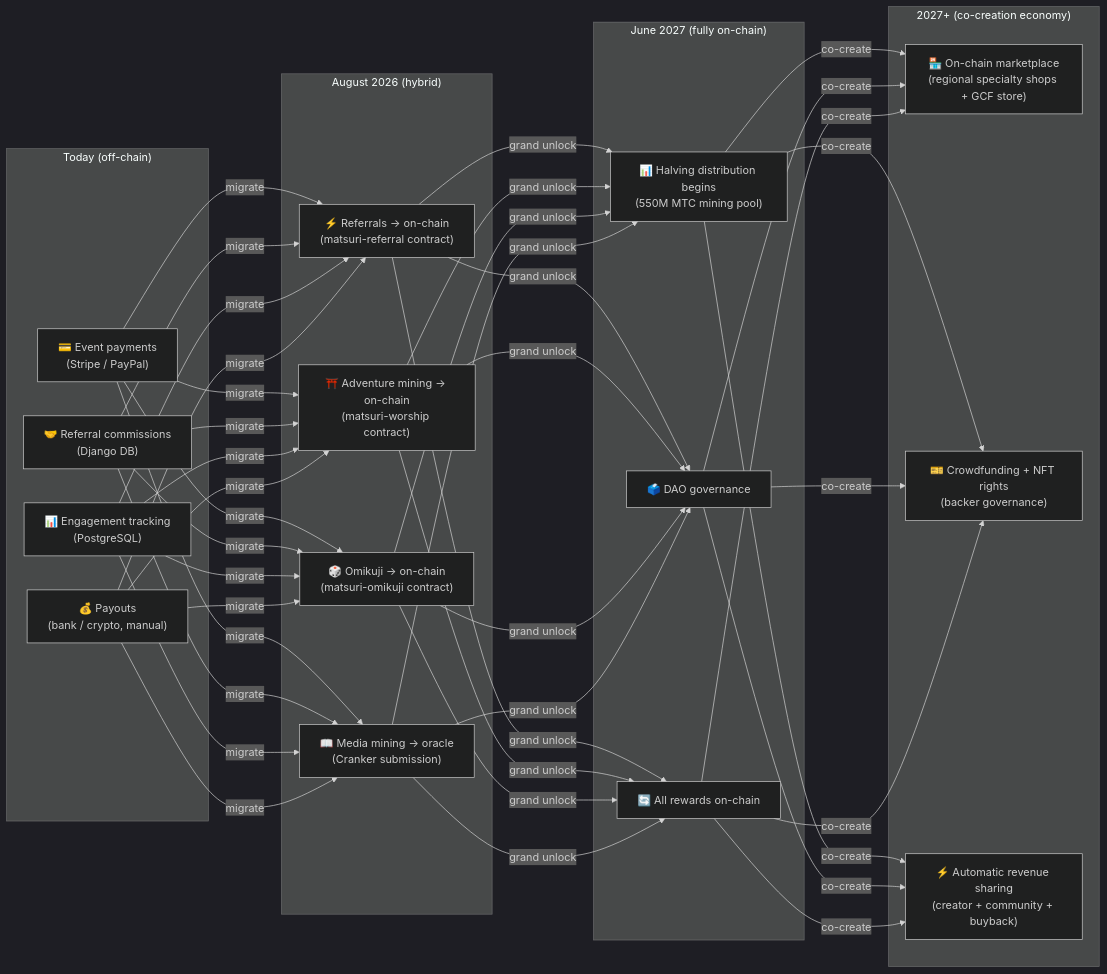
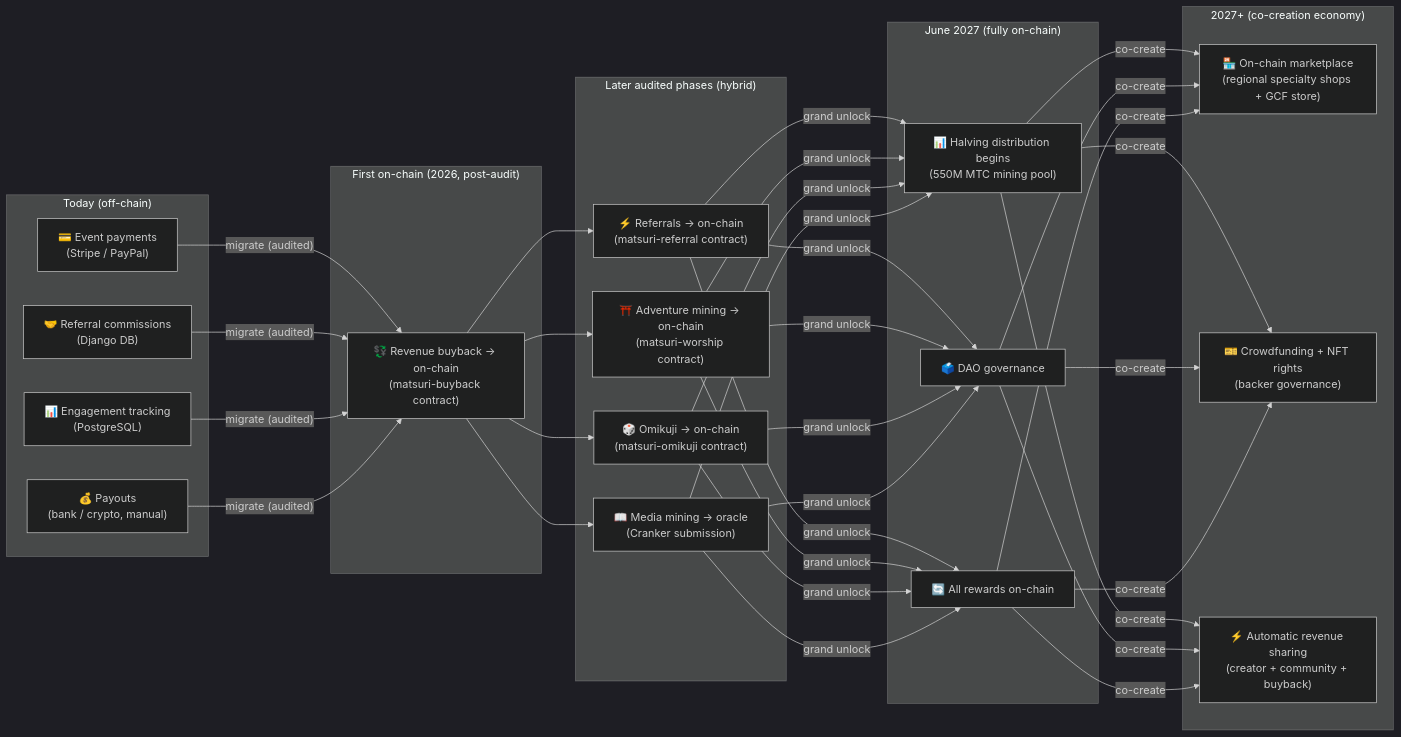
One commit to Cootakahashi/matsuri-dao-whitepaper changed the fourth of 4 diagrams in docs/04-mining.md. Above: the diagram before and after it, drawn with Mermaid (dark theme). The commit also changed other lines of this file and 79 other files, not shown here.

First line of the commit message:
docs: re-sequence on-chain roadmap to match the staged Hashlock audit (20 locales)

````diff
--- a/docs/04-mining.md
+++ b/docs/04-mining.md
@@ -334,28 +344,32 @@
 ```mermaid
 graph LR
     subgraph "Today (off-chain)"
         O1["💳 Event payments\n(Stripe / PayPal)"]
         O2["🤝 Referral commissions\n(Django DB)"]
         O3["📊 Engagement tracking\n(PostgreSQL)"]
         O4["💰 Payouts\n(bank / crypto, manual)"]
     end
-    subgraph "August 2026 (hybrid)"
+    subgraph "First on-chain (2026, post-audit)"
+        H0["💱 Revenue buyback → on-chain\n(matsuri-buyback contract)"]
+    end
+    subgraph "Later audited phases (hybrid)"
         H1["⚡ Referrals → on-chain\n(matsuri-referral contract)"]
         H2["⛩️ Adventure mining → on-chain\n(matsuri-worship contract)"]
         H3["🎲 Omikuji → on-chain\n(matsuri-omikuji contract)"]
         H4["📖 Media mining → oracle\n(Cranker submission)"]
     end
     subgraph "June 2027 (fully on-chain)"
         F1["📊 Halving distribution begins\n(550M MTC mining pool)"]
         F2["🗳️ DAO governance"]
         F3["🔄 All rewards on-chain"]
     end
     subgraph "2027+ (co-creation economy)"
         G1["🏪 On-chain marketplace\n(regional specialty shops + GCF store)"]
         G2["🎫 Crowdfunding + NFT rights\n(backer governance)"]
         G3["⚡ Automatic revenue sharing\n(creator + community + buyback)"]
     end
-    O1 & O2 & O3 & O4 -->|"migrate"| H1 & H2 & H3 & H4
+    O1 & O2 & O3 & O4 -->|"migrate (audited)"| H0
+    H0 --> H1 & H2 & H3 & H4
     H1 & H2 & H3 & H4 -->|"grand unlock"| F1 & F2 & F3
     F1 & F2 & F3 -->|"co-create"| G1 & G2 & G3
 ```
````
